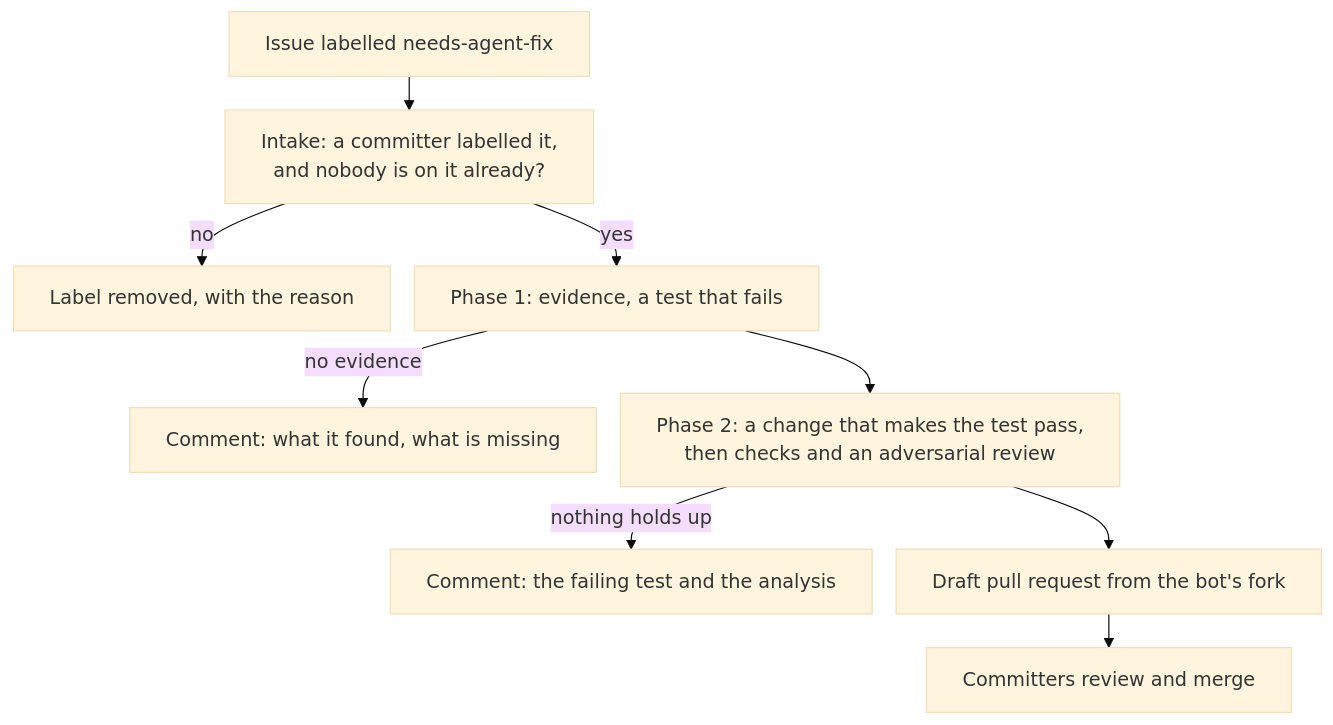
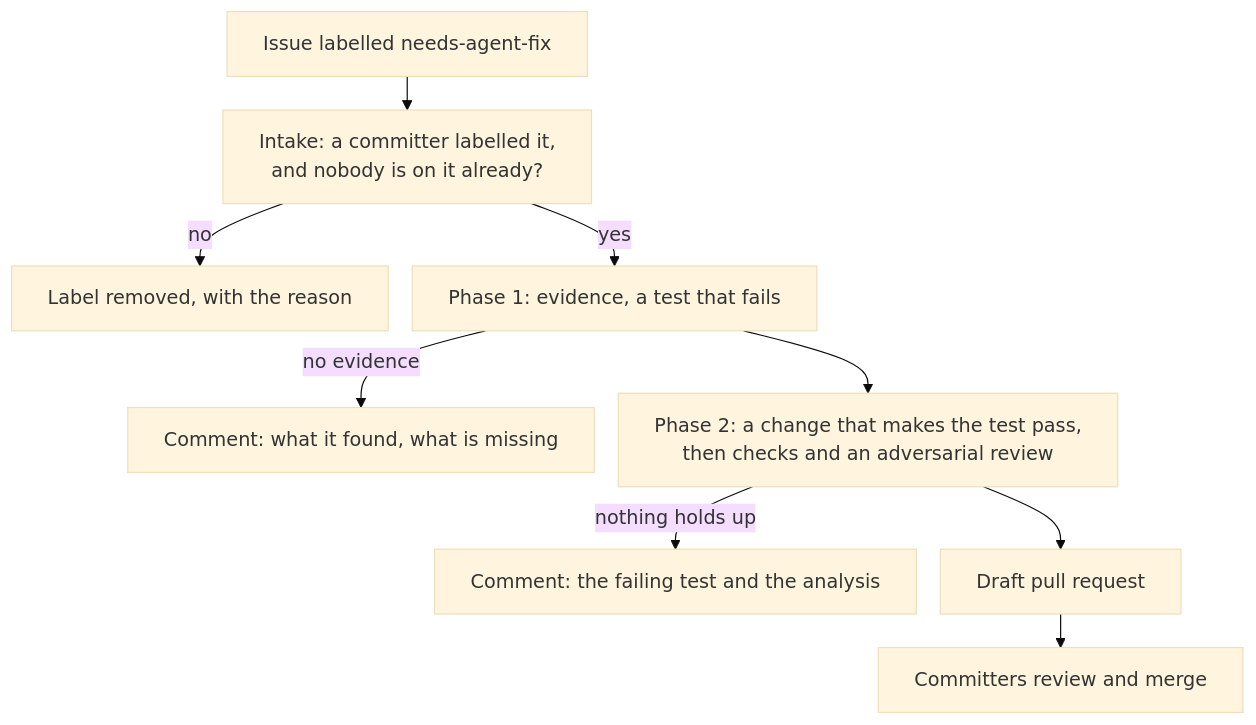
One commit to sarthakaggarwal97/valkey-ci-agent changed the first of 4 diagrams in docs/design/software-factory.md. Above: the diagram before and after it, drawn with Mermaid (base theme). The commit also changed other lines of this file, not shown here.

````diff
--- a/docs/design/software-factory.md
+++ b/docs/design/software-factory.md
@@ -77,12 +84,12 @@
 ```mermaid
 %%{init: {"flowchart": {"nodeSpacing": 20, "rankSpacing": 28, "wrappingWidth": 360}}}%%
 flowchart TD
     A["Issue labelled needs-agent-fix"] --> B["Intake: a committer labelled it,<br/>and nobody is on it already?"]
     B -->|"no"| X["Label removed, with the reason"]
     B -->|"yes"| C["Phase 1: evidence, a test that fails"]
     C -->|"no evidence"| D["Comment: what it found, what is missing"]
     C --> E["Phase 2: a change that makes the test pass,<br/>then checks and an adversarial review"]
     E -->|"nothing holds up"| F["Comment: the failing test and the analysis"]
-    E --> G["Draft pull request from the bot's fork"]
+    E --> G["Draft pull request"]
     G --> H["Committers review and merge"]
 ```
````
